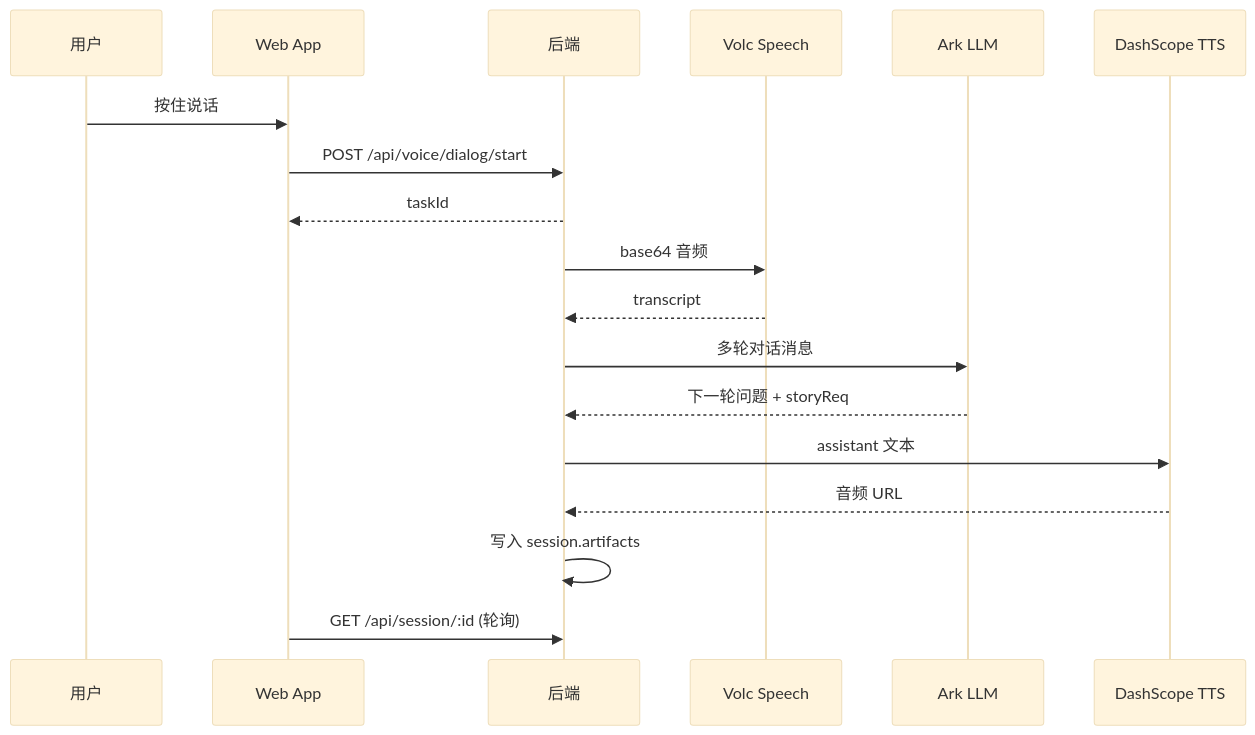
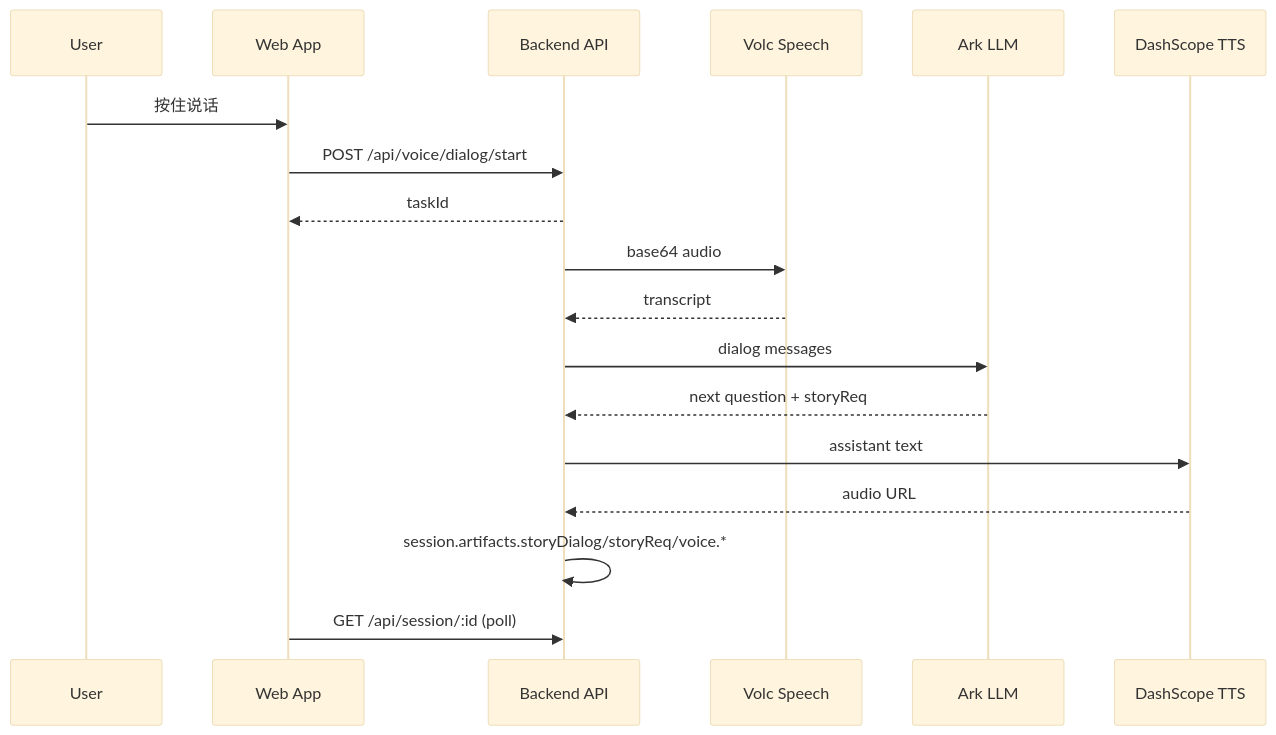
One commit to ChengKai-kk/VisionTale-fullstack changed the sixth of 11 diagrams in readme.md. Above: the diagram before and after it, drawn with Mermaid (base theme). The commit also changed other lines of this file, not shown here.

````diff
--- a/readme.md
+++ b/readme.md
@@ -168,21 +225,21 @@
 ```mermaid
 sequenceDiagram
-  participant U as 用户
+  participant U as User
   participant F as Web App
-  participant B as 后端
+  participant B as Backend API
   participant ASR as Volc Speech
   participant LLM as Ark LLM
   participant TTS as DashScope TTS
 
   U->>F: 按住说话
   F->>B: POST /api/voice/dialog/start
   B-->>F: taskId
-  B->>ASR: base64 音频
+  B->>ASR: base64 audio
   ASR-->>B: transcript
-  B->>LLM: 多轮对话消息
-  LLM-->>B: 下一轮问题 + storyReq
-  B->>TTS: assistant 文本
-  TTS-->>B: 音频 URL
-  B->>B: 写入 session.artifacts
-  F->>B: GET /api/session/:id (轮询)
+  B->>LLM: dialog messages
+  LLM-->>B: next question + storyReq
+  B->>TTS: assistant text
+  TTS-->>B: audio URL
+  B->>B: session.artifacts.storyDialog/storyReq/voice.*
+  F->>B: GET /api/session/:id (poll)
 ```
````
